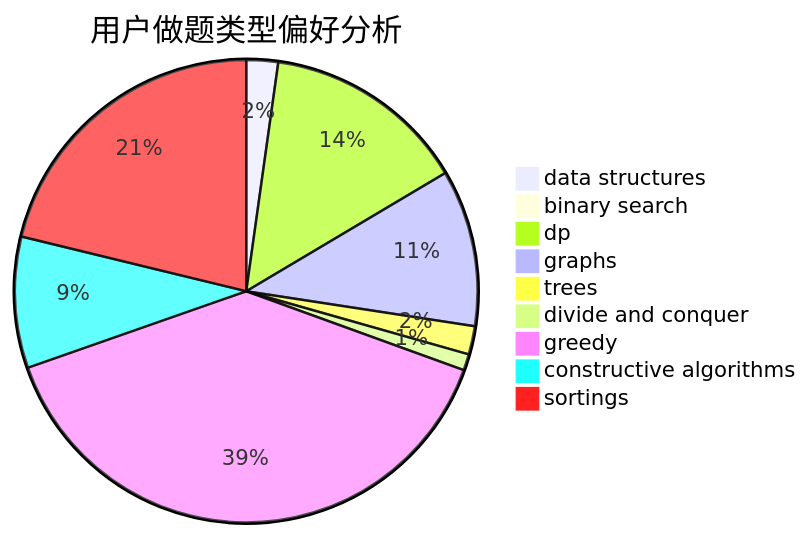
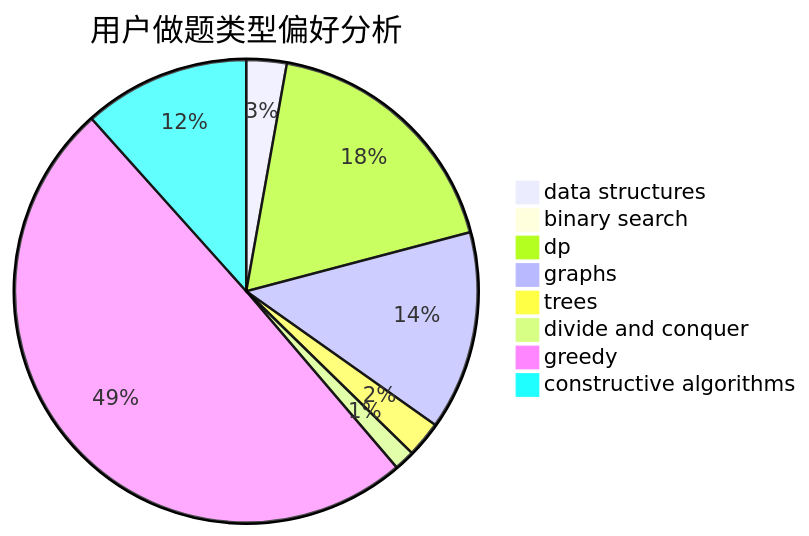
Before and after one commit to sherpahu/cfrs.github.io: the second of 3 diagrams in docs/user/u159.md, drawn with Mermaid. The commit also changed other lines of this file and 2769 other files, not shown here.

````diff
--- a/docs/user/u159.md
+++ b/docs/user/u159.md
@@ -18,12 +18,11 @@
 ```mermaid
 pie title 用户做题类型偏好分析
     "data structures" :  37
     "binary search" :  7
     "dp" :  238
     "graphs" :  183
     "trees" :  33
     "divide and conquer" :  19
     "greedy" :  653
     "constructive algorithms" :  153
-    "sortings" :  354
 ```
````
